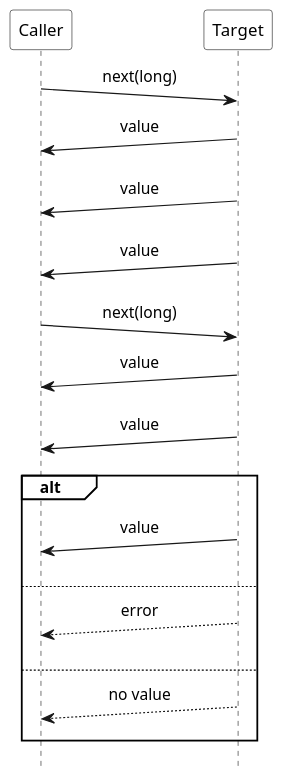
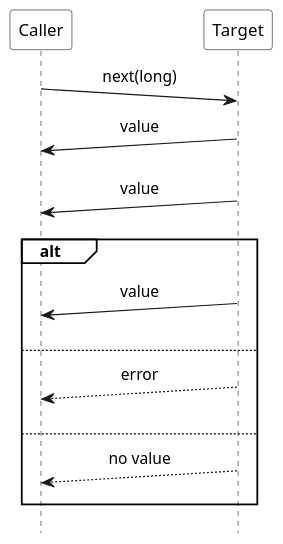
One commit to ti-cortex-m4/demo-java-reactive-streams-old changed the diagram in images/pattern_Iterator_with_batching.puml. Above: the diagram before and after it, drawn with PlantUML. The commit also changed 1 other file, not shown here.

```diff
--- a/images/pattern_Iterator_with_batching.puml
+++ b/images/pattern_Iterator_with_batching.puml
@@ -1,36 +1,31 @@
 @startuml
 
 scale 1.2
 hide footbox
 
 !pragma teoz true
 
 skinparam monochrome true
 skinparam defaultFontName Source Sans Pro
 skinparam sequenceMessageAlign center
 skinparam participantBackgroundColor #white
 skinparam noteBackgroundColor #white
 skinparam sequenceGroupBackgroundColor #white
 skinparam participantPadding 50
 
 participant Caller
 participant Target
 
 Caller ->(10) Target : next(long)
 Target ->(10) Caller : value
 Target ->(10) Caller : value
-Target ->(10) Caller : value
-
-Caller ->(10) Target : next(long)
-Target ->(10) Caller : value
-Target ->(10) Caller : value
 
 alt
 Target ->(10) Caller : value
 else
 Target -->(10) Caller : error
 else
 Target -->(10) Caller : no value
 end
 
 @enduml
```
